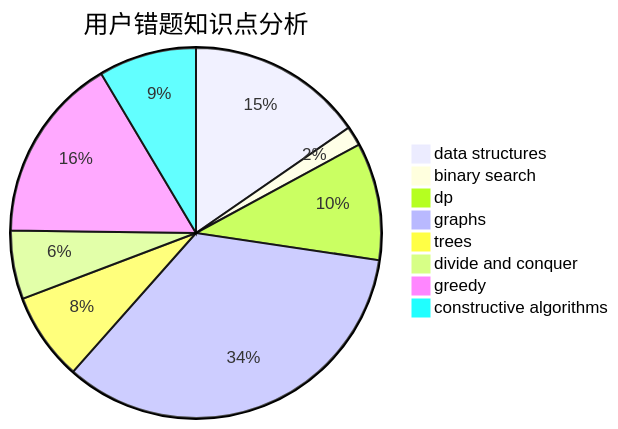
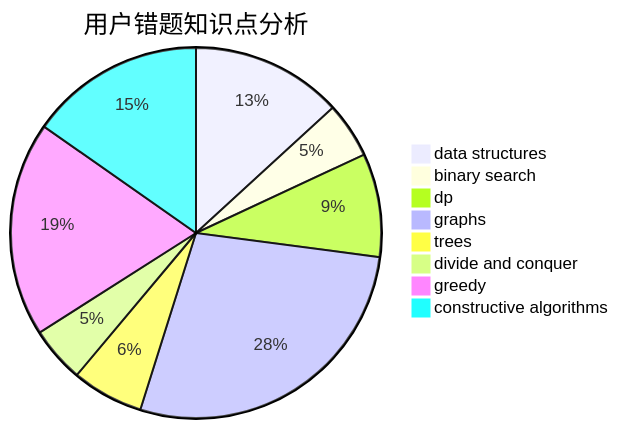
One commit to sherpahu/cfrs.github.io changed the third of 3 diagrams in docs/user/u392.md. Above: the diagram before and after it, drawn with Mermaid. The commit also changed other lines of this file and 2770 other files, not shown here.

````diff
--- a/docs/user/u392.md
+++ b/docs/user/u392.md
@@ -36,11 +36,11 @@
 ```mermaid
 pie title 用户错题知识点分析
-    "data structures" :  18
-    "binary search" :  2
-    "dp" :  12
+    "data structures" :  19
+    "binary search" :  7
+    "dp" :  13
     "graphs" :  40
     "trees" :  9
     "divide and conquer" :  7
-    "greedy" :  19
-    "constructive algorithms" :  10
+    "greedy" :  27
+    "constructive algorithms" :  22
 ```
````
